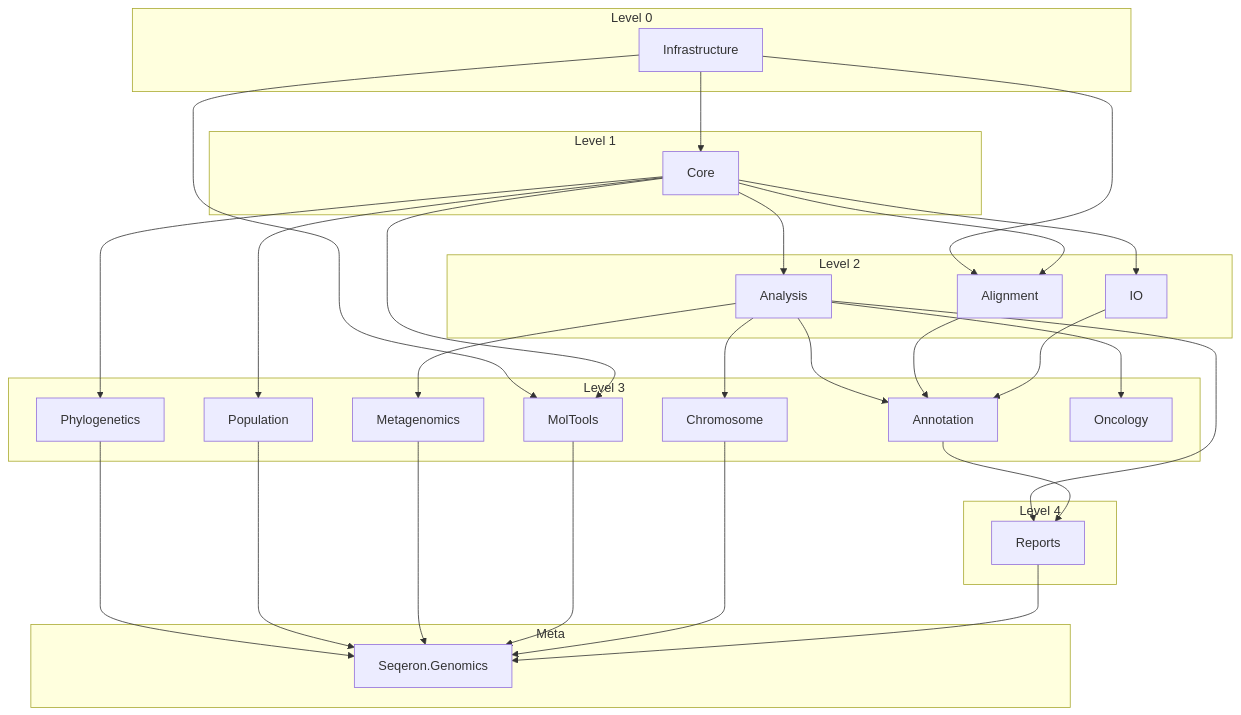
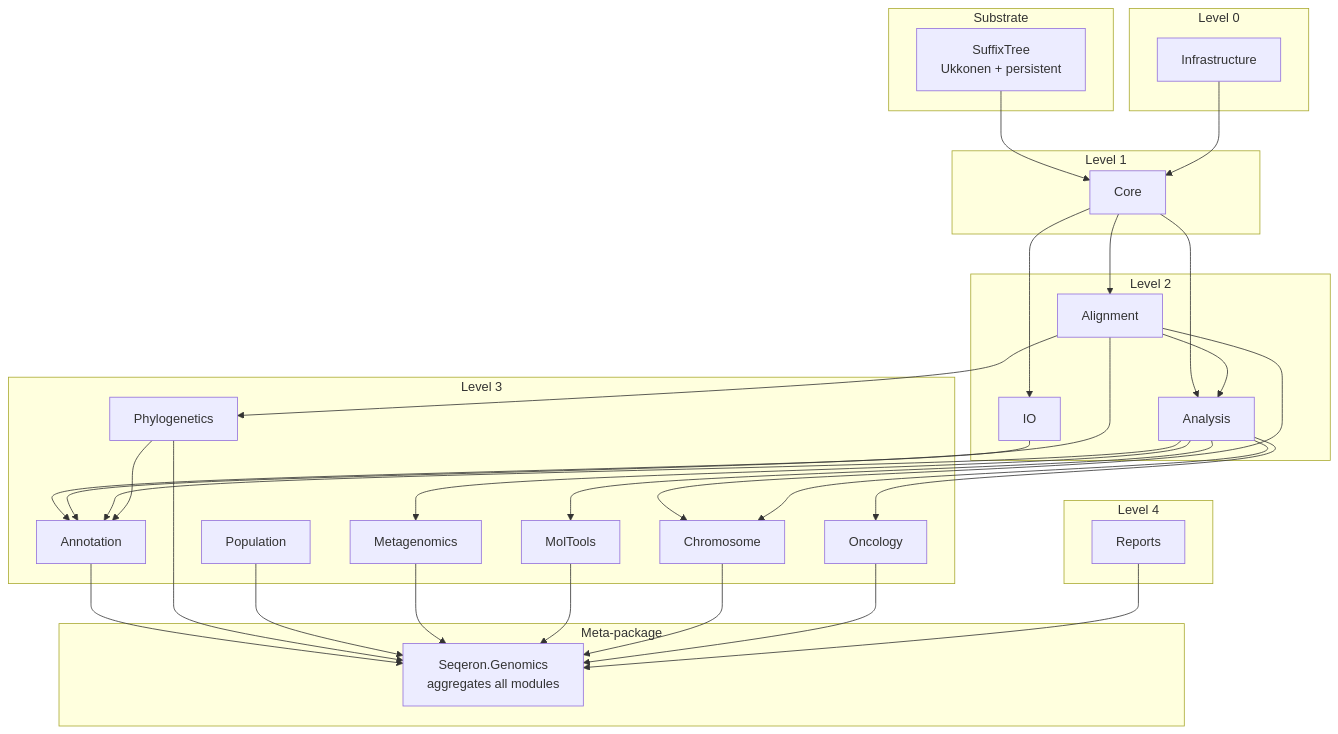
Before and after one commit to AlexanderV/Seqeron: the second of 2 diagrams in README.md, drawn with Mermaid. The commit also changed other lines of this file, not shown here.

First line of the commit message:
docs(readme): refresh content and diagrams for the new structure

````diff
--- a/README.md
+++ b/README.md
@@ -272,61 +296,59 @@
 ```mermaid
 graph TD
+    subgraph "Substrate"
+        ST[SuffixTree<br/>Ukkonen + persistent]
+    end
     subgraph "Level 0"
         INF[Infrastructure]
     end
-    
     subgraph "Level 1"
         CORE[Core]
     end
-    
     subgraph "Level 2"
         IO[IO]
         ALN[Alignment]
         ANA[Analysis]
     end
-    
     subgraph "Level 3"
         ANN[Annotation]
         PHY[Phylogenetics]
         POP[Population]
         META[Metagenomics]
         MOL[MolTools]
         CHR[Chromosome]
         ONC[Oncology]
     end
-    
     subgraph "Level 4"
         REP[Reports]
     end
-    
-    subgraph "Meta"
-        GEN[Seqeron.Genomics]
+    subgraph "Meta-package"
+        GEN[Seqeron.Genomics<br/>aggregates all modules]
     end
 
+    ST --> CORE
     INF --> CORE
     CORE --> IO
     CORE --> ALN
-    INF --> ALN
     CORE --> ANA
-    
+    ALN --> ANA
+
+    ALN --> PHY
+    ANA --> META
+    ANA --> MOL
+    ANA --> ONC
+    ALN --> CHR
+    ANA --> CHR
     IO --> ANN
     ALN --> ANN
     ANA --> ANN
-    CORE --> PHY
-    CORE --> POP
-    ANA --> META
-    CORE --> MOL
-    INF --> MOL
-    ANA --> CHR
-    ANA --> ONC
-    
-    ANN --> REP
-    ANA --> REP
-    
+    PHY --> ANN
+
+    ANN --> GEN
+    PHY --> GEN
+    POP --> GEN
+    META --> GEN
+    MOL --> GEN
+    CHR --> GEN
+    ONC --> GEN
     REP --> GEN
-    CHR --> GEN
-    MOL --> GEN
-    META --> GEN
-    POP --> GEN
-    PHY --> GEN
 ```
````
